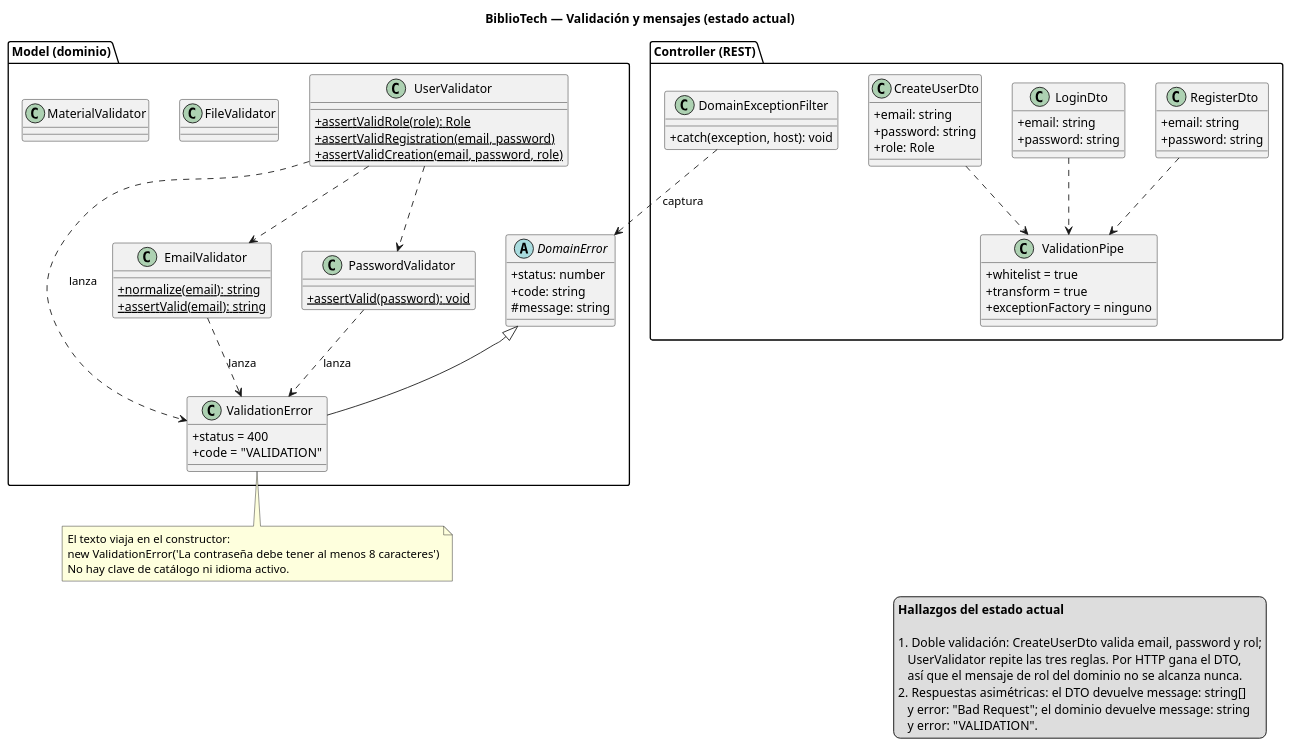
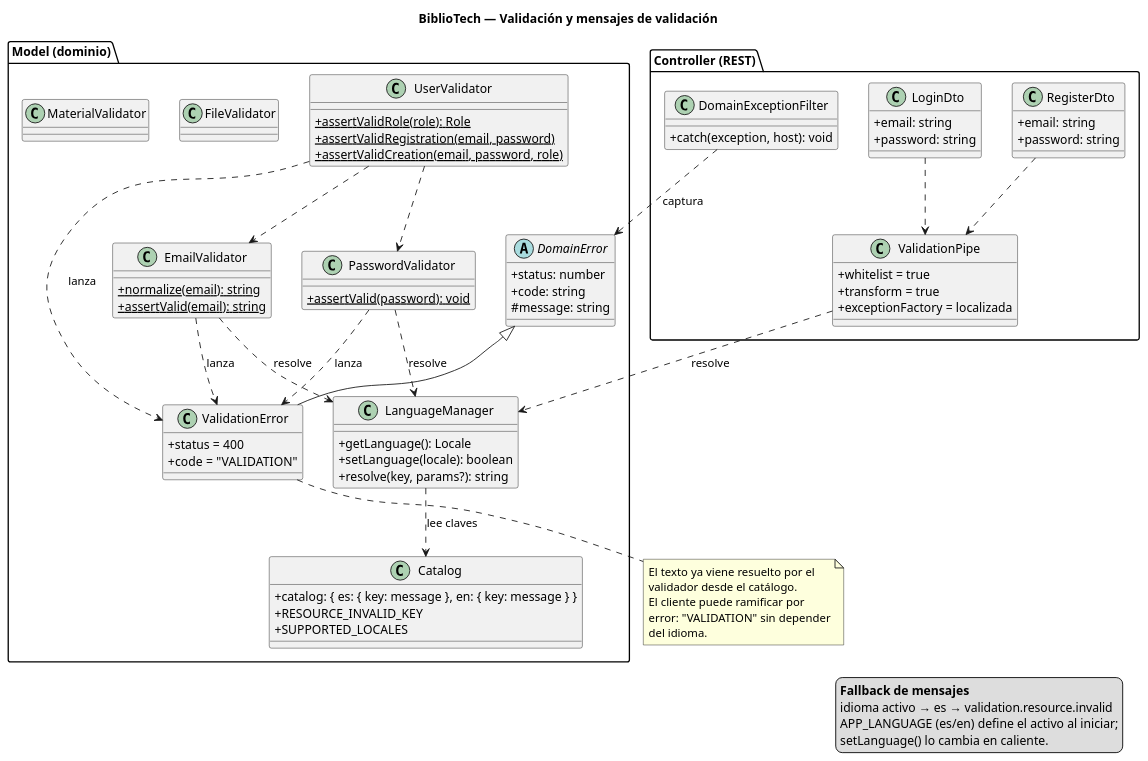
One commit to estebanmatias92/tecnicatura-practicas-profesionalizantes-ii changed the diagram in 2026-10-13-laboratorio-validator-module/docs/diagrams/class-validation.puml. Above: the diagram before and after it, drawn with PlantUML. The commit also changed 12 other files, not shown here.

```diff
--- a/2026-10-13-laboratorio-validator-module/docs/diagrams/class-validation.puml
+++ b/2026-10-13-laboratorio-validator-module/docs/diagrams/class-validation.puml
@@ -1,97 +1,104 @@
 @startuml
-title BiblioTech — Validación y mensajes (estado actual)
+title BiblioTech — Validación y mensajes de validación
 
 skinparam classAttributeIconSize 0
 skinparam shadowing false
 
 package "Model (dominio)" as Model {
 
   abstract class DomainError {
     +status: number
     +code: string
     #message: string
   }
 
   class ValidationError {
     +status = 400
     +code = "VALIDATION"
   }
 
   class UserValidator {
     +{static} assertValidRole(role): Role
     +{static} assertValidRegistration(email, password)
     +{static} assertValidCreation(email, password, role)
   }
 
   class EmailValidator {
     +{static} normalize(email): string
     +{static} assertValid(email): string
   }
 
   class PasswordValidator {
     +{static} assertValid(password): void
   }
 
+  class Catalog {
+    +catalog: { es: { key: message }, en: { key: message } }
+    +RESOURCE_INVALID_KEY
+    +SUPPORTED_LOCALES
+  }
+
+  class LanguageManager {
+    +getLanguage(): Locale
+    +setLanguage(locale): boolean
+    +resolve(key, params?): string
+  }
+
   class FileValidator
   class MaterialValidator
 
   DomainError <|-- ValidationError
   UserValidator ..> EmailValidator
   UserValidator ..> PasswordValidator
   EmailValidator ..> ValidationError : lanza
   PasswordValidator ..> ValidationError : lanza
   UserValidator ..> ValidationError : lanza
+  EmailValidator ..> LanguageManager : resolve
+  PasswordValidator ..> LanguageManager : resolve
+  LanguageManager ..> Catalog : lee claves
 }
 
 package "Controller (REST)" as Controller {
 
   class RegisterDto {
     +email: string
     +password: string
   }
 
   class LoginDto {
     +email: string
     +password: string
   }
 
-  class CreateUserDto {
-    +email: string
-    +password: string
-    +role: Role
-  }
-
   class ValidationPipe {
     +whitelist = true
     +transform = true
-    +exceptionFactory = ninguno
+    +exceptionFactory = localizada
   }
 
   class DomainExceptionFilter {
     +catch(exception, host): void
   }
 }
 
 RegisterDto ..> ValidationPipe
 LoginDto ..> ValidationPipe
-CreateUserDto ..> ValidationPipe
+ValidationPipe ..> LanguageManager : resolve
 DomainExceptionFilter ..> DomainError : captura
 
 note bottom of ValidationError
-  El texto viaja en el constructor:
-  new ValidationError('La contraseña debe tener al menos 8 caracteres')
-  No hay clave de catálogo ni idioma activo.
+  El texto ya viene resuelto por el
+  validador desde el catálogo.
+  El cliente puede ramificar por
+  error: "VALIDATION" sin depender
+  del idioma.
 end note
 
 legend right
-  **Hallazgos del estado actual**
-
-  1. Doble validación: CreateUserDto valida email, password y rol;
-     UserValidator repite las tres reglas. Por HTTP gana el DTO,
-     así que el mensaje de rol del dominio no se alcanza nunca.
-  2. Respuestas asimétricas: el DTO devuelve message: string[]
-     y error: "Bad Request"; el dominio devuelve message: string
-     y error: "VALIDATION".
+  **Fallback de mensajes**
+  idioma activo → es → validation.resource.invalid
+  APP_LANGUAGE (es/en) define el activo al iniciar;
+  setLanguage() lo cambia en caliente.
 endlegend
 
 @enduml
```
